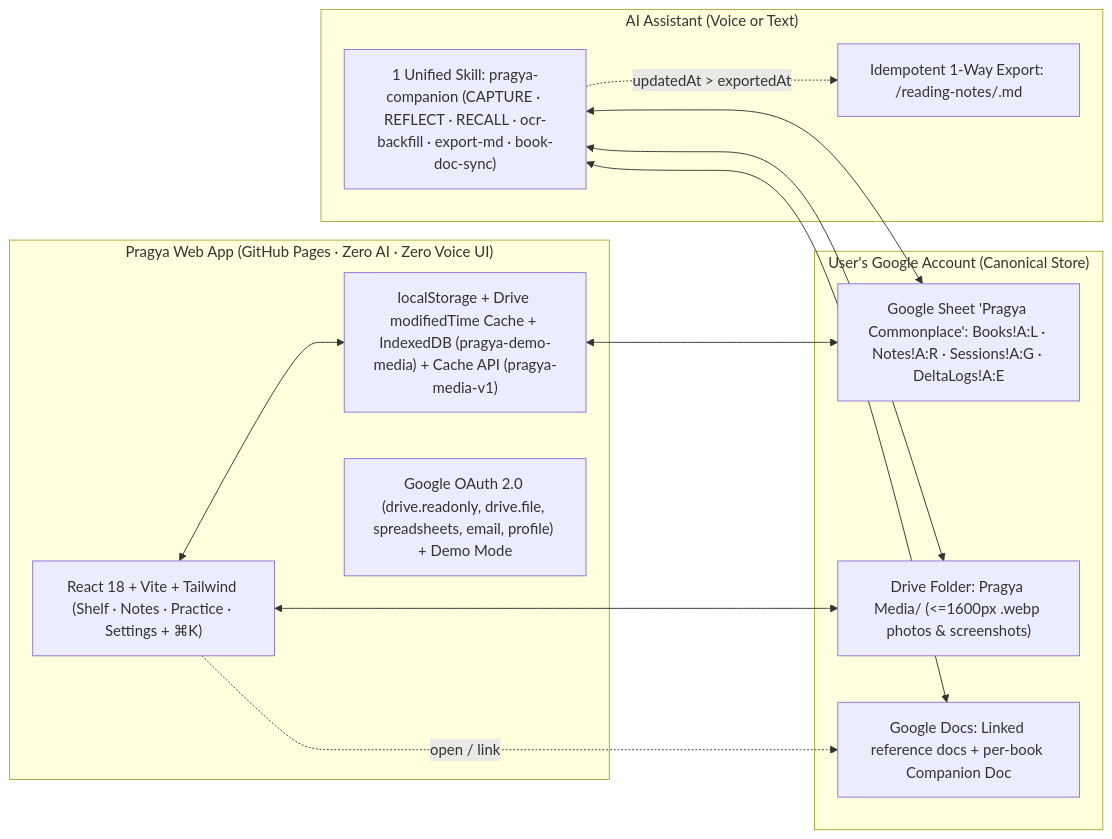
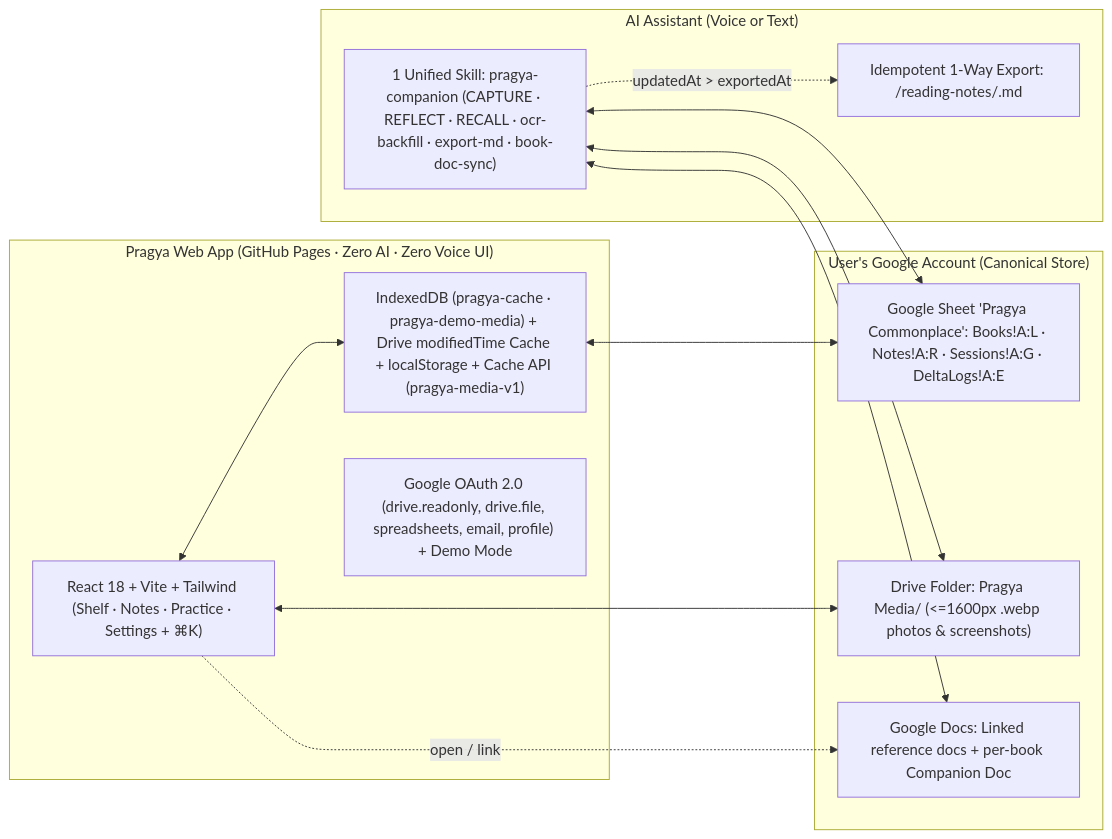
One commit to saimanoj01/pragya changed the diagram in docs/SPEC.md. Above: the diagram before and after it, drawn with Mermaid. The commit also changed other lines of this file and 27 other files, not shown here.

First line of the commit message:
feat(m6/cd7): split/memoize PragyaContext, batch multi-tab writes, migrate cache to IndexedDB

````diff
--- a/docs/SPEC.md
+++ b/docs/SPEC.md
@@ -24,25 +24,25 @@
 ```mermaid
 flowchart LR
     subgraph PWA["Pragya Web App (GitHub Pages · Zero AI · Zero Voice UI)"]
         UI["React 18 + Vite + Tailwind (Shelf · Notes · Practice · Settings + ⌘K)"]
-        Cache["localStorage + Drive modifiedTime Cache + IndexedDB (pragya-demo-media) + Cache API (pragya-media-v1)"]
+        Cache["IndexedDB (pragya-cache · pragya-demo-media) + Drive modifiedTime Cache + localStorage + Cache API (pragya-media-v1)"]
         Auth["Google OAuth 2.0 (drive.readonly, drive.file, spreadsheets, email, profile) + Demo Mode"]
     end
     subgraph Google["User's Google Account (Canonical Store)"]
         Sheet["Google Sheet 'Pragya Commonplace': Books!A:L · Notes!A:R · Sessions!A:G · DeltaLogs!A:E"]
         Media["Drive Folder: Pragya Media/ (<=1600px .webp photos & screenshots)"]
         Docs["Google Docs: Linked reference docs + per-book Companion Doc"]
     end
     subgraph Agent["AI Assistant (Voice or Text)"]
         Skill["1 Unified Skill: pragya-companion (CAPTURE · REFLECT · RECALL · ocr-backfill · export-md · book-doc-sync)"]
         Git["Idempotent 1-Way Export: /reading-notes/<slug>.md"]
     end
     UI <--> Cache
     Cache <--> Sheet
     UI <--> Media
     UI -.->|"open / link"| Docs
     Skill <--> Sheet
     Skill <--> Media
     Skill <--> Docs
     Skill -.->|"updatedAt > exportedAt"| Git
 ```
````
